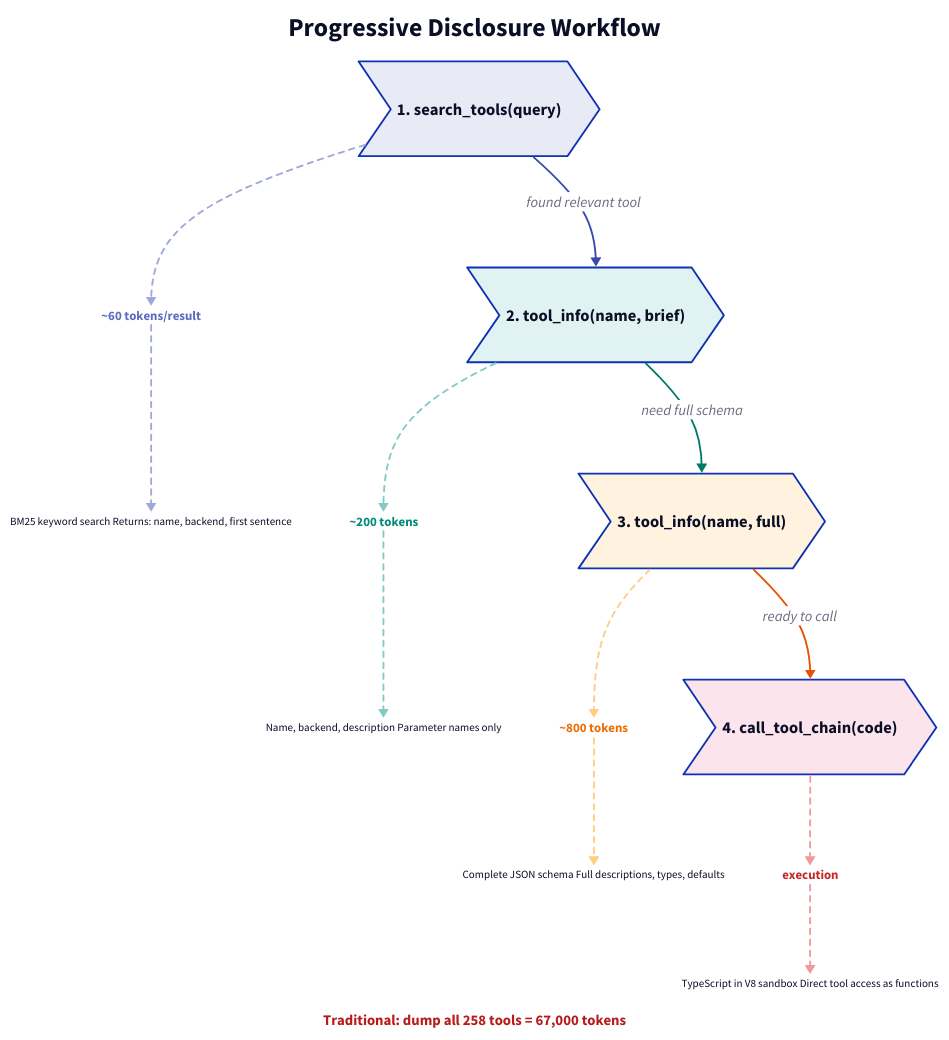
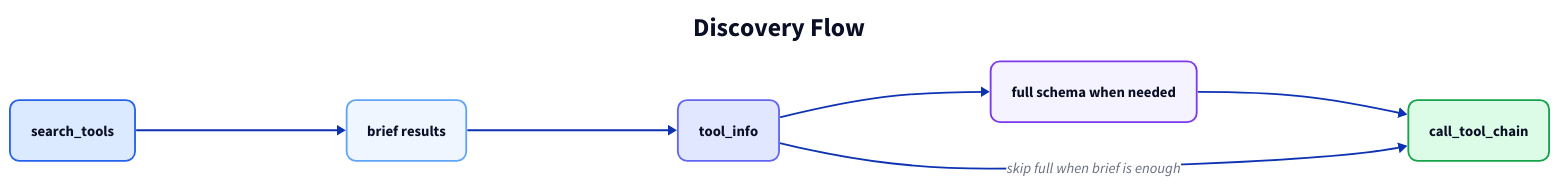
One commit to jonwraymond/PrismGate changed the diagram in docs/diagrams/discovery-flow.d2. Above: the diagram before and after it, drawn with D2. The commit also changed 45 other files, not shown here.

```diff
--- a/docs/diagrams/discovery-flow.d2
+++ b/docs/diagrams/discovery-flow.d2
@@ -1,152 +1,41 @@
-direction: down
+direction: right
 
-title: Progressive Disclosure Workflow {
+title: Discovery Flow {
   shape: text
   near: top-center
   style.font-size: 28
   style.bold: true
 }
 
-# Steps
-step1: "1. search_tools(query)" {
-  shape: step
-  style.fill: "#E8EAF6"
-  style.border-radius: 8
-  style.font-size: 18
+search: search_tools {
+  style.fill: "#DBEAFE"
+  style.stroke: "#2563EB"
+  style.border-radius: 10
 }
 
-cost1: "~60 tokens/result" {
-  shape: text
-  style.font-size: 14
-  style.font-color: "#5C6BC0"
-  style.bold: true
+brief: brief results {
+  style.fill: "#EFF6FF"
+  style.stroke: "#60A5FA"
+  style.border-radius: 10
 }
 
-detail1: |md
-  BM25 keyword search
-  Returns: name, backend, first sentence
-| {
-  style.font-size: 12
+info: tool_info {
+  style.fill: "#E0E7FF"
+  style.stroke: "#6366F1"
+  style.border-radius: 10
 }
 
-step2: "2. tool_info(name, brief)" {
-  shape: step
-  style.fill: "#E0F2F1"
-  style.border-radius: 8
-  style.font-size: 18
+full: full schema when needed {
+  style.fill: "#F5F3FF"
+  style.stroke: "#7C3AED"
+  style.border-radius: 10
 }
 
-cost2: "~200 tokens" {
-  shape: text
-  style.font-size: 14
-  style.font-color: "#00897B"
-  style.bold: true
+call: call_tool_chain {
+  style.fill: "#DCFCE7"
+  style.stroke: "#16A34A"
+  style.border-radius: 10
 }
 
-detail2: |md
-  Name, backend, description
-  Parameter names only
-| {
-  style.font-size: 12
-}
-
-step3: "3. tool_info(name, full)" {
-  shape: step
-  style.fill: "#FFF3E0"
-  style.border-radius: 8
-  style.font-size: 18
-}
-
-cost3: "~800 tokens" {
-  shape: text
-  style.font-size: 14
-  style.font-color: "#EF6C00"
-  style.bold: true
-}
-
-detail3: |md
-  Complete JSON schema
-  Full descriptions, types, defaults
-| {
-  style.font-size: 12
-}
-
-step4: "4. call_tool_chain(code)" {
-  shape: step
-  style.fill: "#FCE4EC"
-  style.border-radius: 8
-  style.font-size: 18
-}
-
-cost4: "execution" {
-  shape: text
-  style.font-size: 14
-  style.font-color: "#C62828"
-  style.bold: true
-}
-
-detail4: |md
-  TypeScript in V8 sandbox
-  Direct tool access as functions
-| {
-  style.font-size: 12
-}
-
-# Flow connections
-step1 -> step2: "found relevant tool" {
-  style.stroke: "#3949AB"
-  style.stroke-width: 2
-}
-step2 -> step3: "need full schema" {
-  style.stroke: "#00796B"
-  style.stroke-width: 2
-}
-step3 -> step4: "ready to call" {
-  style.stroke: "#E65100"
-  style.stroke-width: 2
-}
-
-# Cost annotations
-step1 -> cost1 {
-  style.stroke-dash: 3
-  style.stroke: "#9FA8DA"
-}
-step2 -> cost2 {
-  style.stroke-dash: 3
-  style.stroke: "#80CBC4"
-}
-step3 -> cost3 {
-  style.stroke-dash: 3
-  style.stroke: "#FFCC80"
-}
-step4 -> cost4 {
-  style.stroke-dash: 3
-  style.stroke: "#EF9A9A"
-}
-
-# Detail connections
-cost1 -> detail1 {
-  style.stroke-dash: 3
-  style.stroke: "#9FA8DA"
-}
-cost2 -> detail2 {
-  style.stroke-dash: 3
-  style.stroke: "#80CBC4"
-}
-cost3 -> detail3 {
-  style.stroke-dash: 3
-  style.stroke: "#FFCC80"
-}
-cost4 -> detail4 {
-  style.stroke-dash: 3
-  style.stroke: "#EF9A9A"
-}
-
-# Traditional comparison
-traditional: "Traditional: dump all 258 tools = 67,000 tokens" {
-  shape: text
-  near: bottom-center
-  style.font-size: 16
-  style.font-color: "#B71C1C"
-  style.bold: true
-}
+search -> brief -> info -> full -> call
+info -> call: skip full when brief is enough
```
